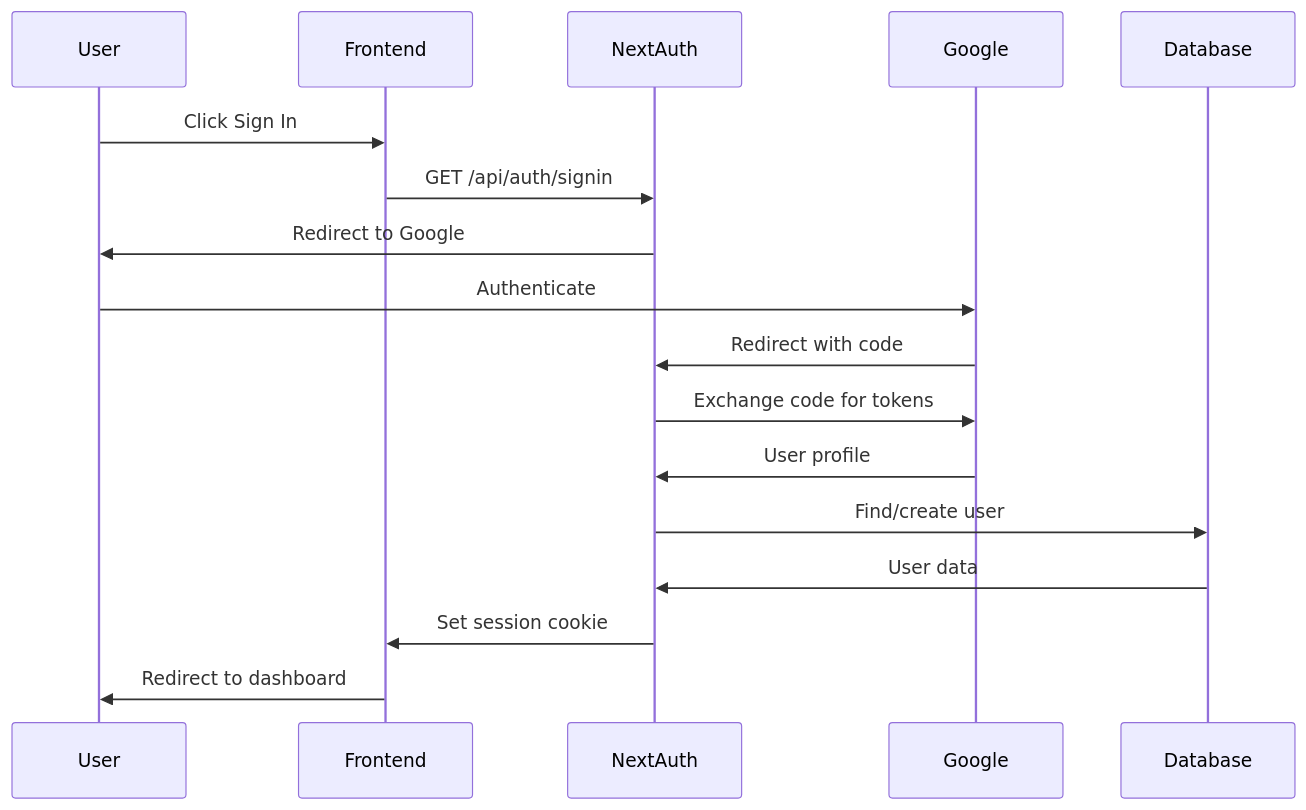
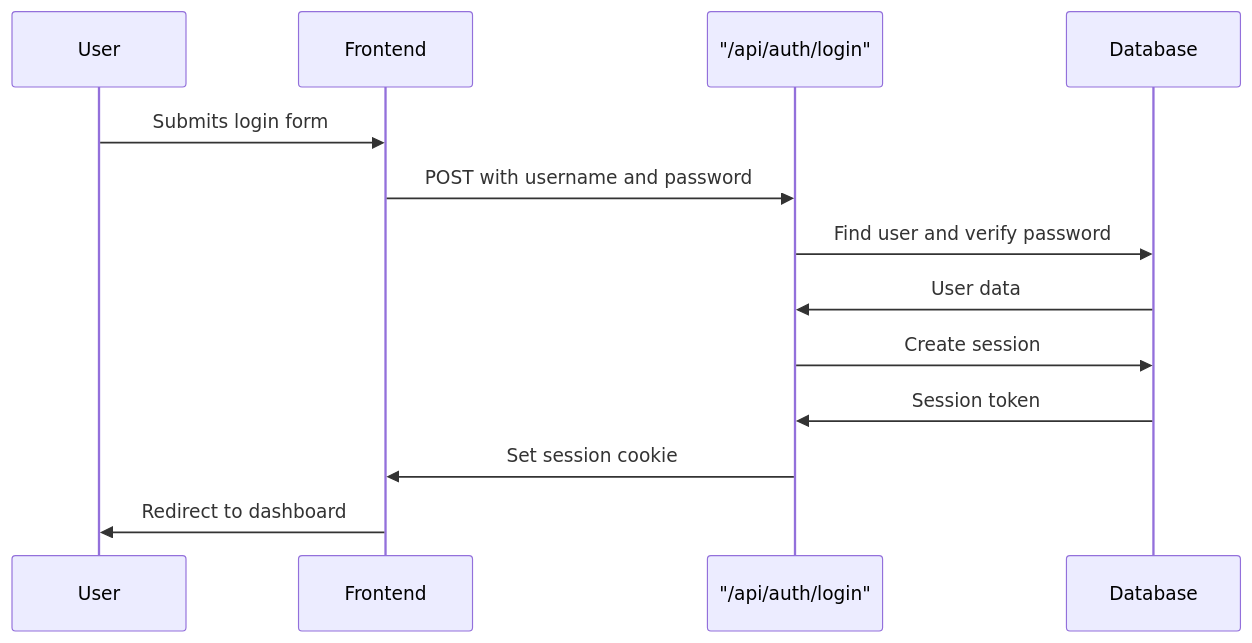
Before and after one commit to Reading-Advantage-Thailand/science-advantage: the diagram in docs/architecture/backend-architecture.md, drawn with Mermaid. The commit also changed other lines of this file and 46 other files, not shown here.

````diff
--- a/docs/architecture/backend-architecture.md
+++ b/docs/architecture/backend-architecture.md
@@ -519,20 +522,16 @@
 ```mermaid
 sequenceDiagram
     participant User
     participant Frontend
-    participant NextAuth
-    participant Google
+    participant AuthAPI as "/api/auth/login"
     participant Database
 
-    User->>Frontend: Click Sign In
-    Frontend->>NextAuth: GET /api/auth/signin
-    NextAuth->>User: Redirect to Google
-    User->>Google: Authenticate
-    Google->>NextAuth: Redirect with code
-    NextAuth->>Google: Exchange code for tokens
-    Google->>NextAuth: User profile
-    NextAuth->>Database: Find/create user
-    Database->>NextAuth: User data
-    NextAuth->>Frontend: Set session cookie
+    User->>Frontend: Submits login form
+    Frontend->>AuthAPI: POST with username and password
+    AuthAPI->>Database: Find user and verify password
+    Database->>AuthAPI: User data
+    AuthAPI->>Database: Create session
+    Database->>AuthAPI: Session token
+    AuthAPI->>Frontend: Set session cookie
     Frontend->>User: Redirect to dashboard
 ```
````
